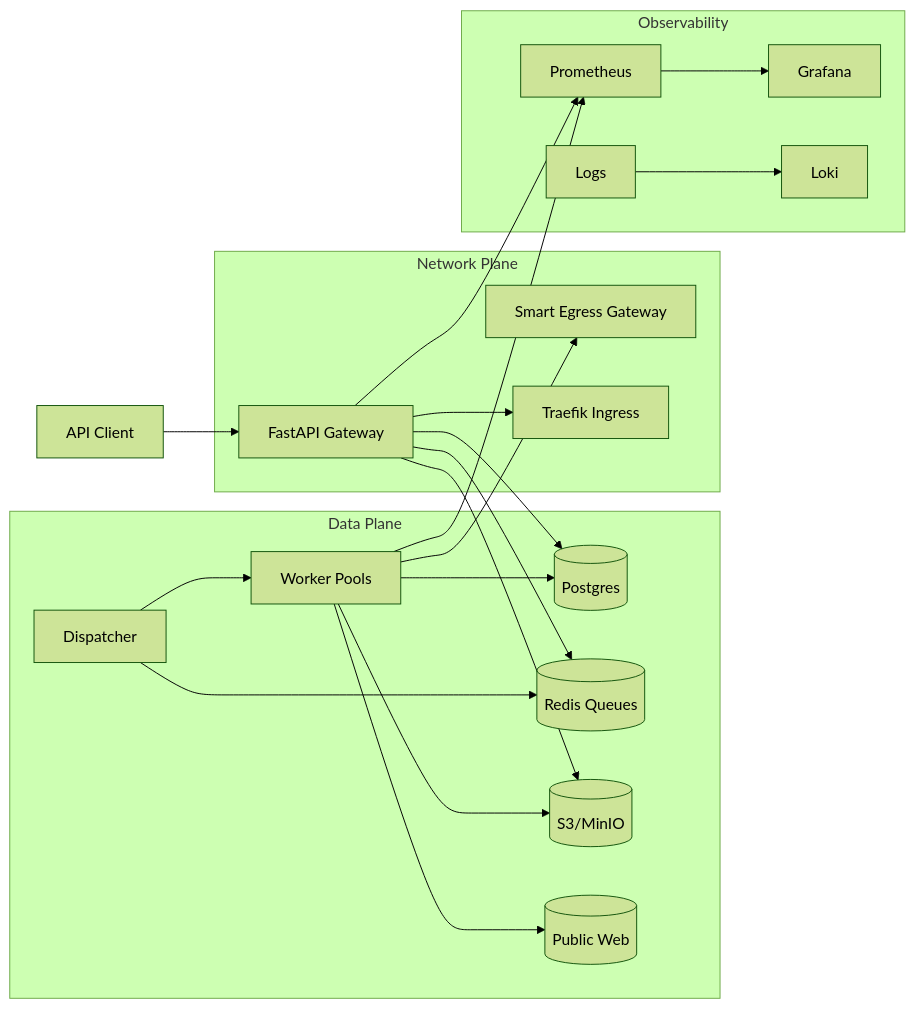
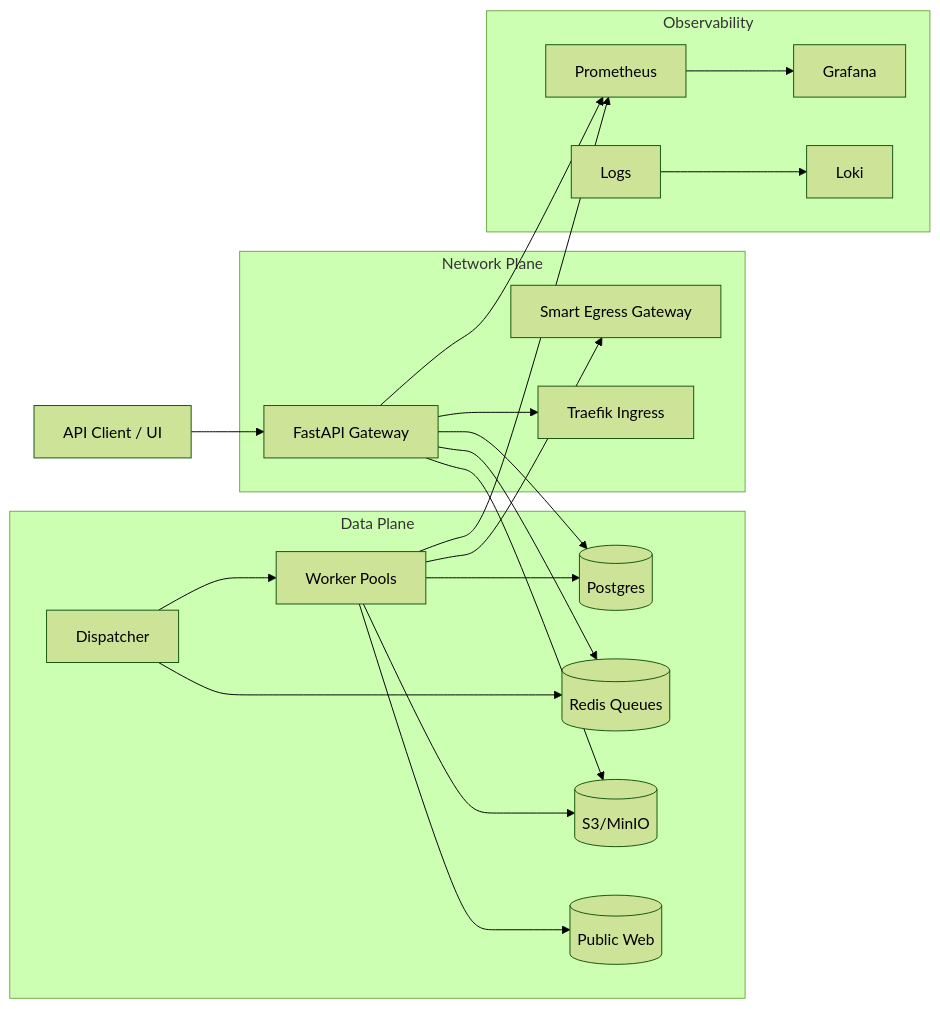
The first of 3 diagrams in docs/ARCHITECTURE.md (moalimirinfinity/Proteus-Scraper), drawn with Mermaid (forest theme) before and after one commit. The commit also changed other lines of this file and 5 other files, not shown here.

````diff
--- a/docs/ARCHITECTURE.md
+++ b/docs/ARCHITECTURE.md
@@ -18,27 +13,27 @@
 ```mermaid
 graph LR
-    User[API Client] --> API[FastAPI Gateway]
+    User[API Client / UI] --> API[FastAPI Gateway]
     API --> DB[(Postgres)]
     API --> Redis[(Redis Queues)]
     API --> S3[(S3/MinIO)]
 
-    subgraph Data Plane
+    subgraph DataPlane[Data Plane]
         Dispatcher --> Redis
         Dispatcher --> Engines[Worker Pools]
         Engines --> Targets[(Public Web)]
         Engines --> S3
         Engines --> DB
     end
 
-    subgraph Network Plane
+    subgraph NetworkPlane[Network Plane]
         Engines --> Egress[Smart Egress Gateway]
         API --> Ingress[Traefik Ingress]
     end
 
     subgraph Observability
         Engines --> Prom[Prometheus]
         API --> Prom
         Prom --> Grafana
         Logs[Logs] --> Loki
     end
 ```
````
